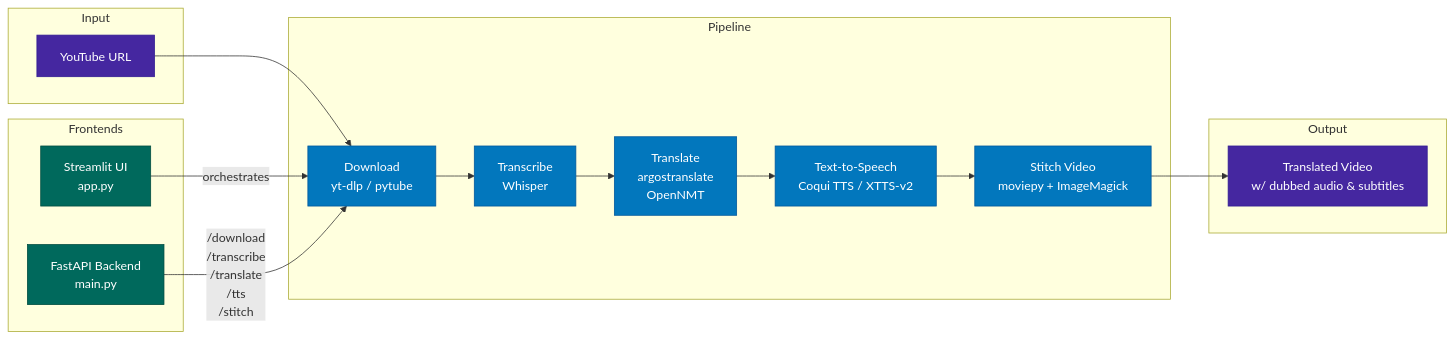
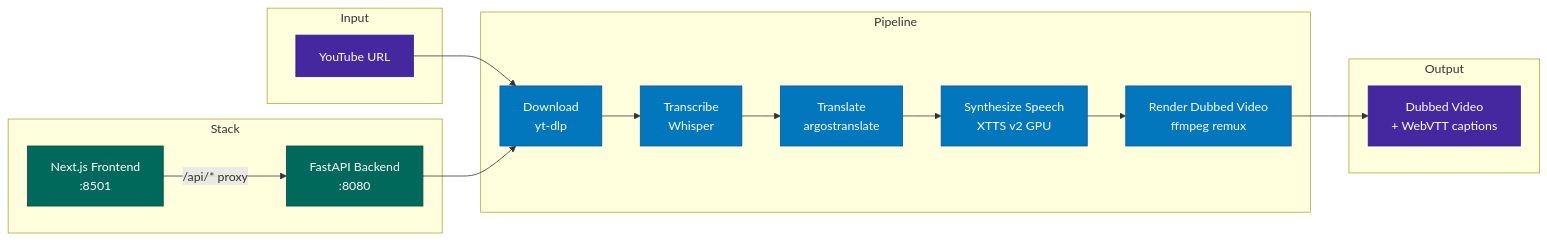
One commit to harshagarwalnyu/foreign-whispers changed the diagram in README.md. Above: the diagram before and after it, drawn with Mermaid. The commit also changed other lines of this file and 32 other files, not shown here.

````diff
--- a/README.md
+++ b/README.md
@@ -20,37 +7,37 @@
 ```mermaid
 flowchart LR
     subgraph Input
         YT[YouTube URL]
     end
 
     subgraph Pipeline
-        DL[Download\nyt-dlp / pytube]
-        TR[Transcribe\nWhisper]
-        TL[Translate\nargostranslate\nOpenNMT]
-        TTS[Text-to-Speech\nCoqui TTS / XTTS-v2]
-        ST[Stitch Video\nmoviepy + ImageMagick]
+        DL[Download<br/>yt-dlp]
+        TR[Transcribe<br/>Whisper]
+        TL[Translate<br/>argostranslate]
+        TTS[Synthesize Speech<br/>XTTS v2 GPU]
+        ST[Render Dubbed Video<br/>ffmpeg remux]
     end
 
     subgraph Output
-        VID[Translated Video\nw/ dubbed audio & subtitles]
+        VID[Dubbed Video<br/>+ WebVTT captions]
     end
 
-    subgraph Frontends
-        SL[Streamlit UI\napp.py]
-        FA[FastAPI Backend\nmain.py]
+    subgraph Stack
+        FE[Next.js Frontend<br/>:8501]
+        API[FastAPI Backend<br/>:8080]
     end
 
     YT --> DL --> TR --> TL --> TTS --> ST --> VID
 
-    SL -- orchestrates --> DL
-    FA -- "/download\n/transcribe\n/translate\n/tts\n/stitch" --> DL
+    FE -- /api/* proxy --> API
+    API --> DL
 
     classDef default fill:#37474f,color:#fff,stroke:#546e7a
     classDef pipeline fill:#0277bd,color:#fff,stroke:#01579b
-    classDef frontend fill:#00695c,color:#fff,stroke:#004d40
+    classDef stack fill:#00695c,color:#fff,stroke:#004d40
     classDef io fill:#4527a0,color:#fff,stroke:#311b92
 
     class YT,VID io
     class DL,TR,TL,TTS,ST pipeline
-    class SL,FA frontend
+    class FE,API stack
 ```
````
